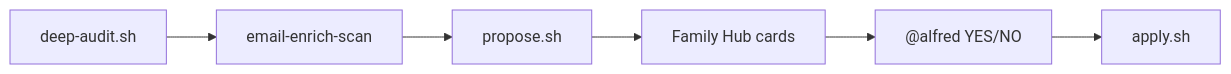
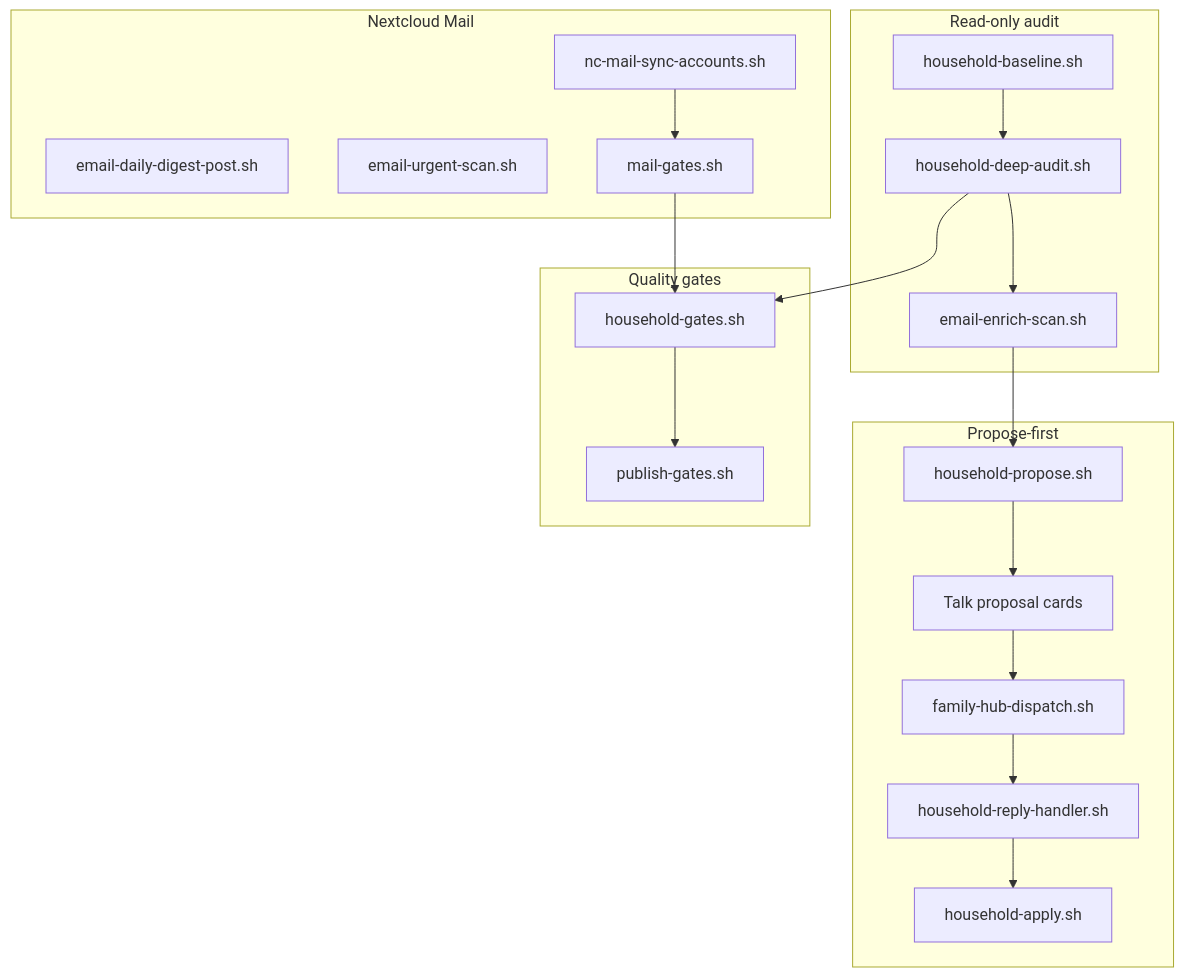
The diagram in README.md (vdroners/openclaw-skylight), drawn with Mermaid before and after one commit. The commit also changed other lines of this file and 9 other files, not shown here.

````diff
--- a/README.md
+++ b/README.md
@@ -9,8 +64,31 @@
 ```mermaid
-flowchart LR
-  Audit[deep-audit.sh] --> Enrich[email-enrich-scan]
-  Enrich --> Propose[propose.sh]
-  Propose --> Talk[Family Hub cards]
-  Talk --> Dispatch["@alfred YES/NO"]
-  Dispatch --> Apply[apply.sh]
+flowchart TB
+  subgraph read [Read-only audit]
+    Baseline[household-baseline.sh]
+    Audit[household-deep-audit.sh]
+    E2[email-enrich-scan.sh]
+  end
+  subgraph propose [Propose-first]
+    Propose[household-propose.sh]
+    Talk[Talk proposal cards]
+    Dispatch[family-hub-dispatch.sh]
+    Handler[household-reply-handler.sh]
+    Apply[household-apply.sh]
+  end
+  subgraph mail [Nextcloud Mail]
+    Sync[nc-mail-sync-accounts.sh]
+    Digest[email-daily-digest-post.sh]
+    Urgent[email-urgent-scan.sh]
+    MailG[mail-gates.sh]
+  end
+  subgraph qa [Quality gates]
+    HHG[household-gates.sh]
+    Pub[publish-gates.sh]
+  end
+  Baseline --> Audit --> E2 --> Propose --> Talk
+  Talk --> Dispatch --> Handler --> Apply
+  Sync --> MailG
+  Audit --> HHG
+  MailG --> HHG
+  HHG --> Pub
 ```
````
